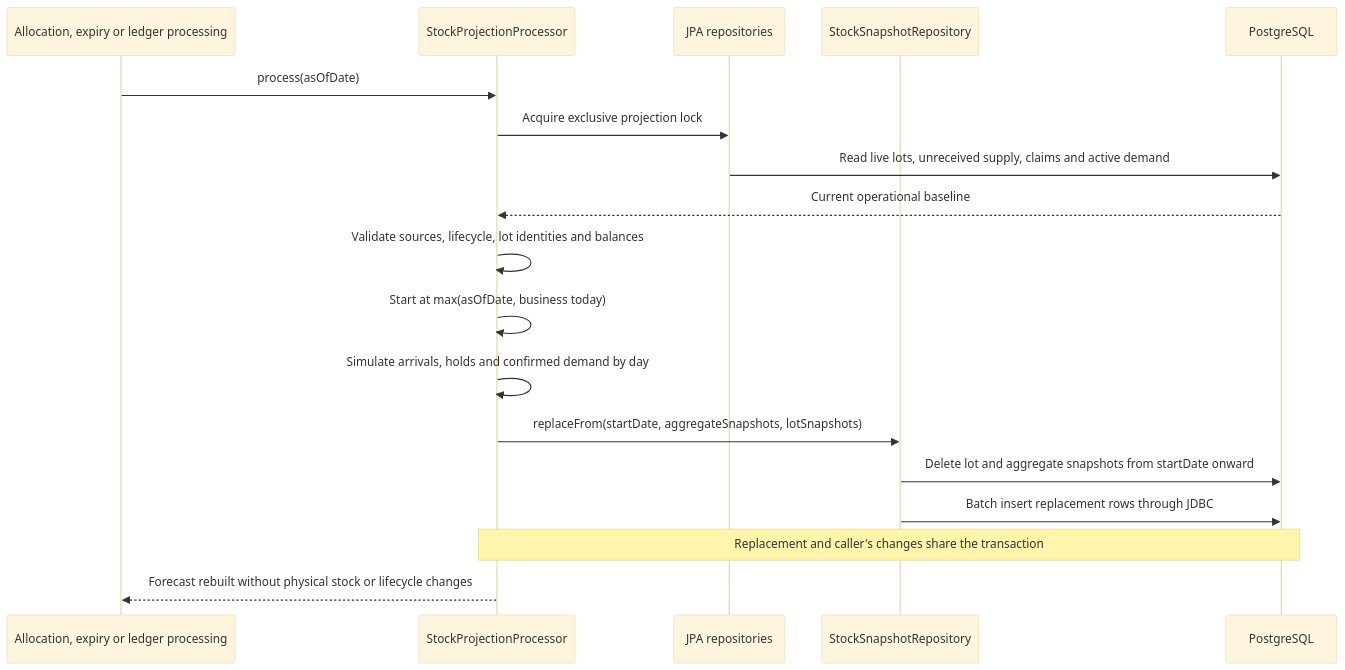
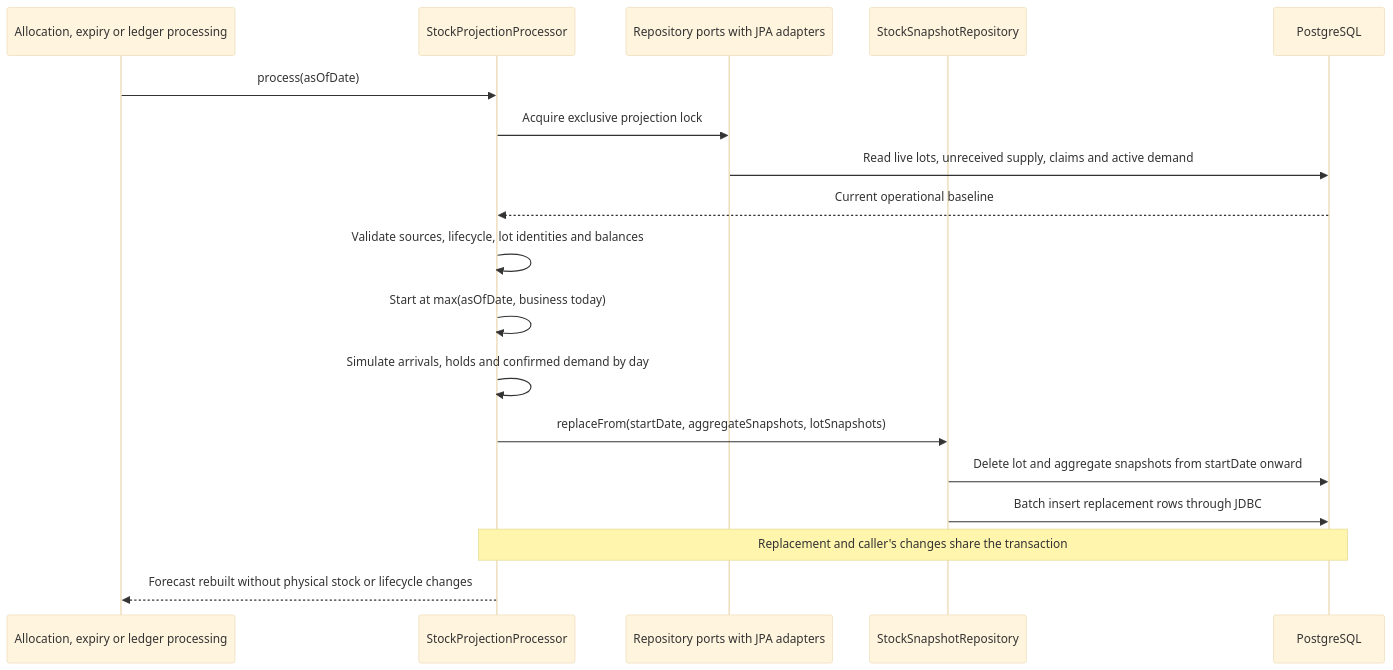
One commit to vriesjo/stockio changed the tenth of 15 diagrams in .github/memory/architecture.md. Above: the diagram before and after it, drawn with Mermaid (base theme). The commit also changed other lines of this file and 2 other files, not shown here.

````diff
--- a/.github/memory/architecture.md
+++ b/.github/memory/architecture.md
@@ -754,21 +793,21 @@
 ```mermaid
 sequenceDiagram
     participant Caller as Allocation, expiry or ledger processing
     participant Projection as StockProjectionProcessor
-    participant Operational as JPA repositories
+    participant Operational as Repository ports with JPA adapters
     participant Snapshots as StockSnapshotRepository
     participant DB as PostgreSQL
 
     Caller->>Projection: process(asOfDate)
     Projection->>Operational: Acquire exclusive projection lock
     Operational->>DB: Read live lots, unreceived supply, claims and active demand
     DB-->>Projection: Current operational baseline
     Projection->>Projection: Validate sources, lifecycle, lot identities and balances
     Projection->>Projection: Start at max(asOfDate, business today)
     Projection->>Projection: Simulate arrivals, holds and confirmed demand by day
     Projection->>Snapshots: replaceFrom(startDate, aggregateSnapshots, lotSnapshots)
     Snapshots->>DB: Delete lot and aggregate snapshots from startDate onward
     Snapshots->>DB: Batch insert replacement rows through JDBC
     Note over Projection,DB: Replacement and caller's changes share the transaction
     Projection-->>Caller: Forecast rebuilt without physical stock or lifecycle changes
 ```
````
